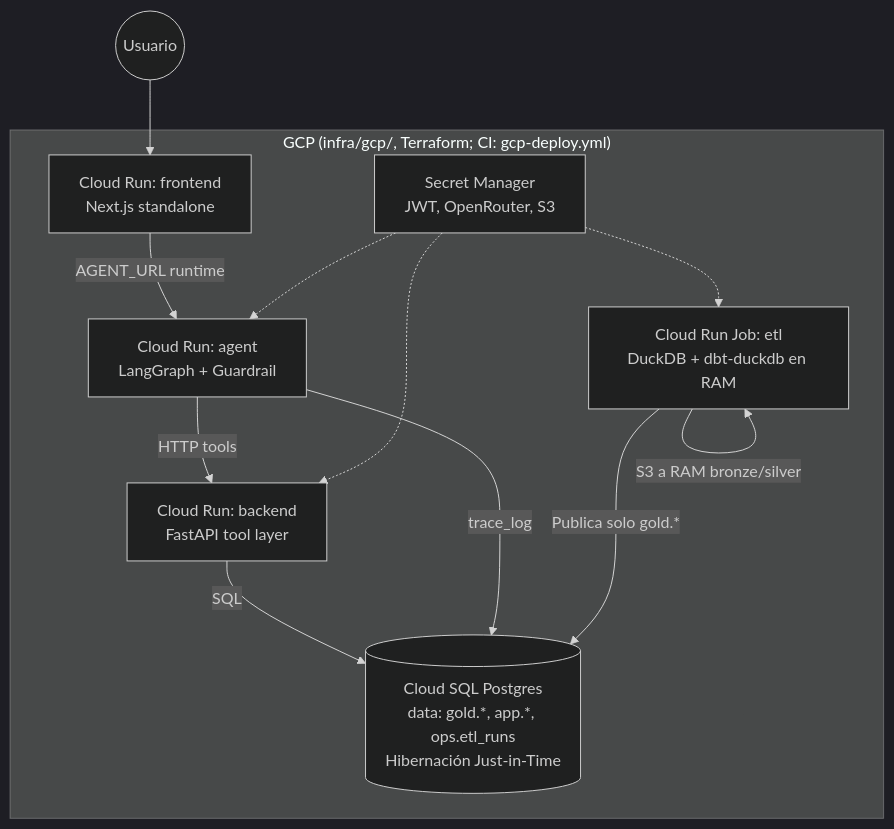
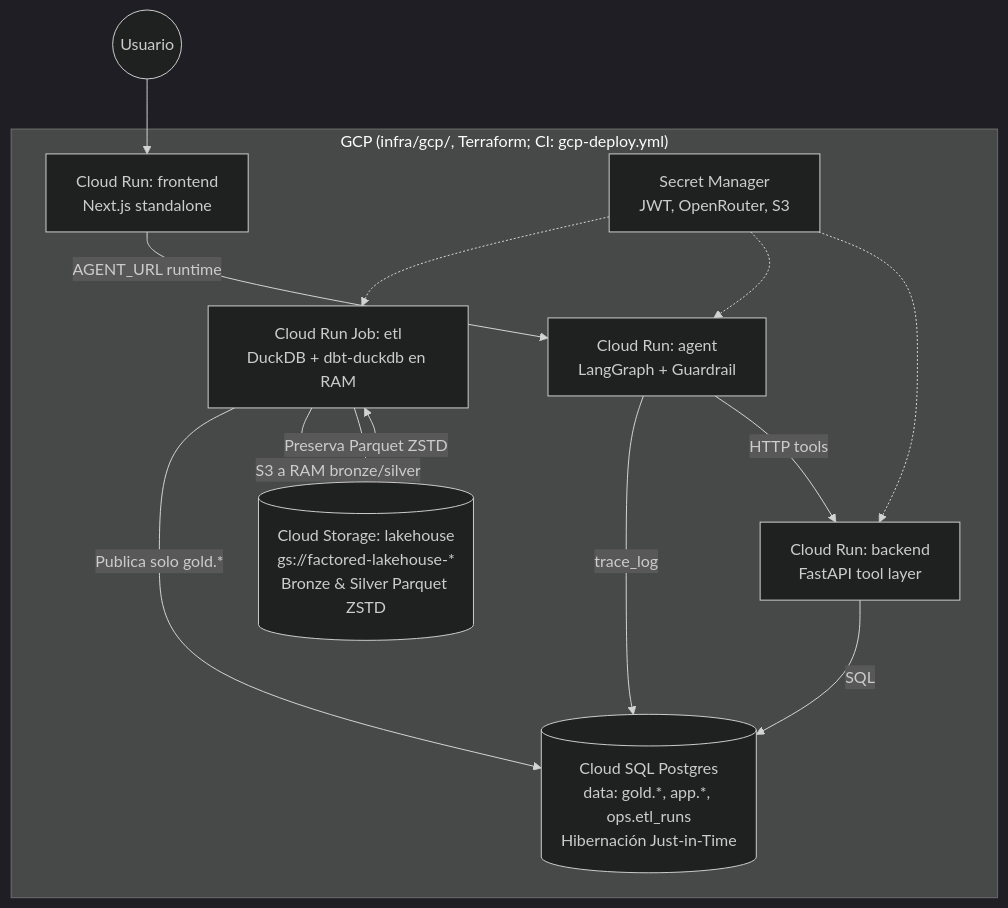
One commit to diego-rejalas/factored-hackathon-2026-bitcoders changed the third of 3 diagrams in spec/ARCHITECTURE.md. Above: the diagram before and after it, drawn with Mermaid (dark theme). The commit also changed other lines of this file and 6 other files, not shown here.

First line of the commit message:
feat(lakehouse): add Parquet preservation for bronze/silver and enterprise TCO evaluation

````diff
--- a/spec/ARCHITECTURE.md
+++ b/spec/ARCHITECTURE.md
@@ -175,21 +175,23 @@
 ```mermaid
 flowchart TB
     subgraph gcp["GCP (infra/gcp/, Terraform; CI: gcp-deploy.yml)"]
         FE[Cloud Run: frontend<br/>Next.js standalone]
         CR[Cloud Run: backend<br/>FastAPI tool layer]
         CRA[Cloud Run: agent<br/>LangGraph + Guardrail]
         JOB[Cloud Run Job: etl<br/>DuckDB + dbt-duckdb en RAM]
         SQL[(Cloud SQL Postgres<br/>data: gold.*, app.*, ops.etl_runs<br/>Hibernación Just-in-Time)]
+        GCS[(Cloud Storage: lakehouse<br/>gs://factored-lakehouse-*<br/>Bronze & Silver Parquet ZSTD)]
         SM[Secret Manager<br/>JWT, OpenRouter, S3]
         FE -->|AGENT_URL runtime| CRA
         CRA -->|HTTP tools| CR
         CR -->|SQL| SQL
         CRA -->|trace_log| SQL
         JOB -->|S3 a RAM bronze/silver| JOB
+        JOB -->|Preserva Parquet ZSTD| GCS
         JOB -->|Publica solo gold.*| SQL
         SM -.-> CR
         SM -.-> CRA
         SM -.-> JOB
     end
     USER((Usuario)) --> FE
 ```
````
